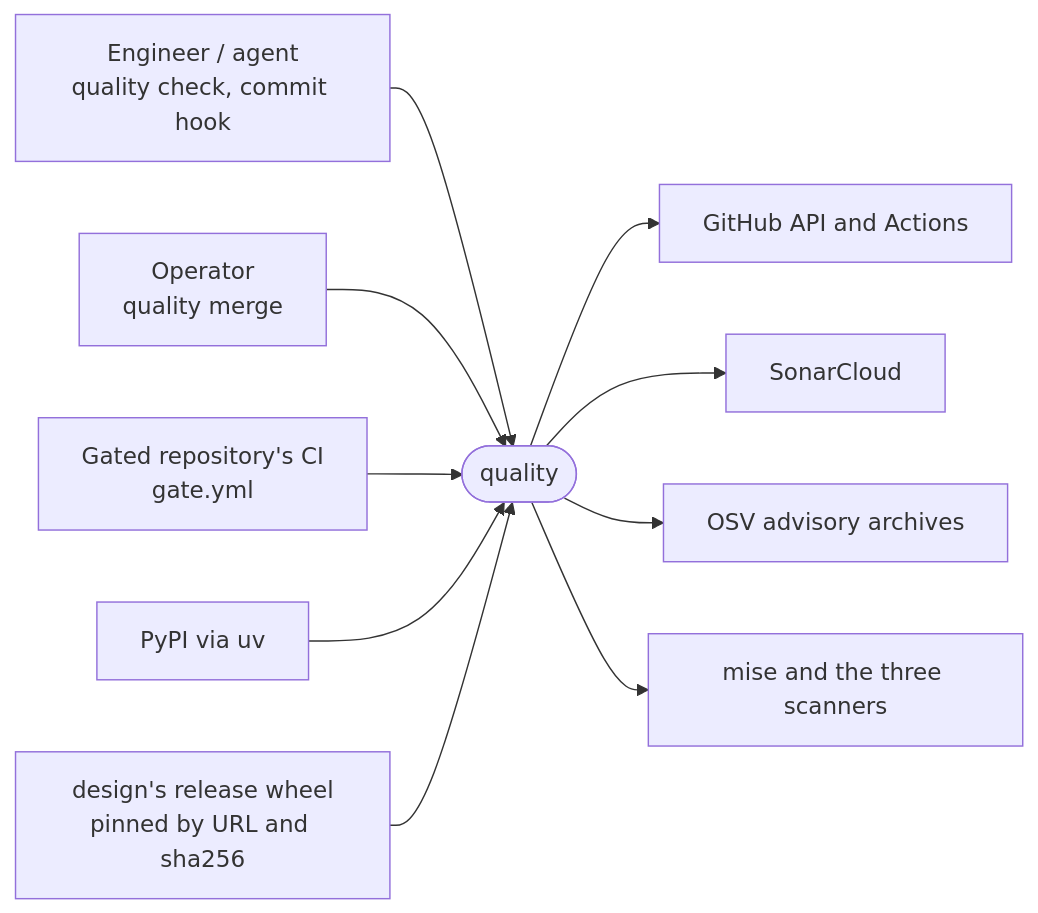
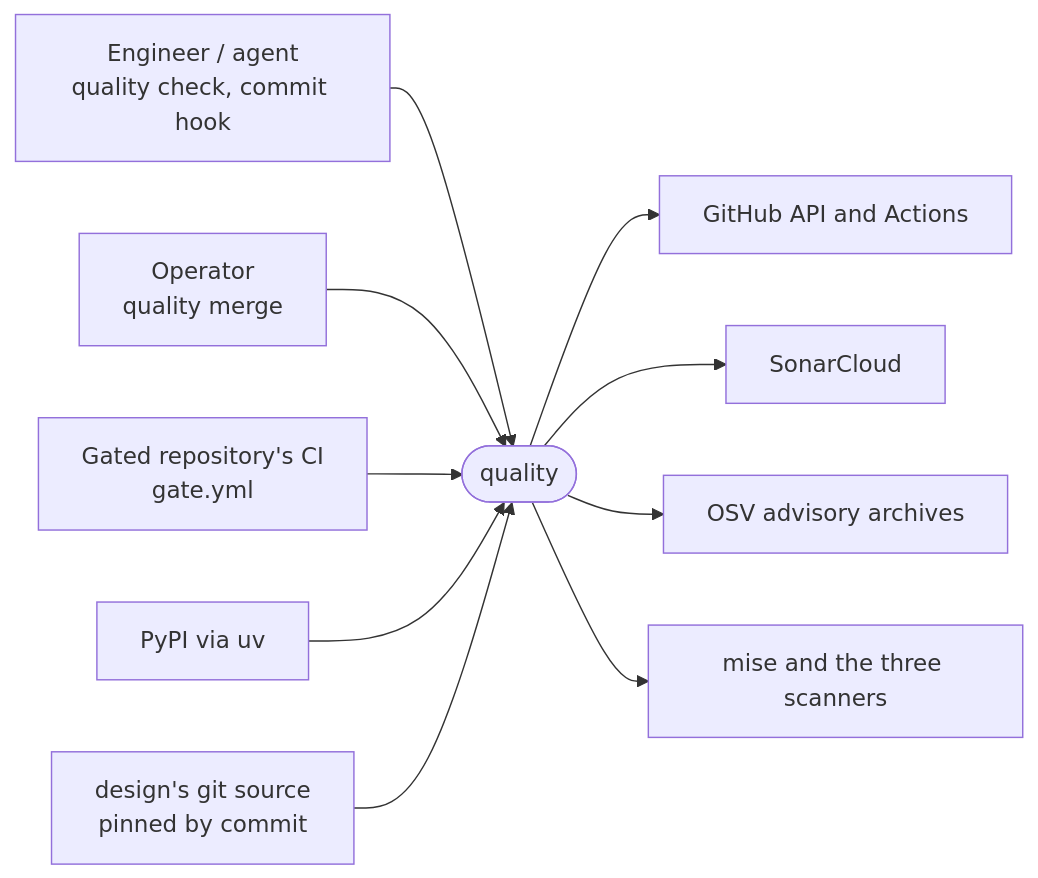
One commit to overnightworks/quality changed the first of 3 diagrams in docs/ARCHITECTURE.md. Above: the diagram before and after it, drawn with Mermaid. The commit also changed other lines of this file and 6 other files, not shown here.

First line of the commit message:
Pin design by git commit and name the git tag as the fleet pin form (#904)

````diff
--- a/docs/ARCHITECTURE.md
+++ b/docs/ARCHITECTURE.md
@@ -16,22 +16,22 @@
 ```mermaid
 flowchart LR
     engineer["Engineer / agent<br/>quality check, commit hook"]
     operator["Operator<br/>quality merge"]
     ci["Gated repository's CI<br/>gate.yml"]
     quality(["quality"])
     github["GitHub API and Actions"]
     sonarcloud["SonarCloud"]
     osv["OSV advisory archives"]
     mise["mise and the three scanners"]
     pypi["PyPI via uv"]
-    design["design's release wheel<br/>pinned by URL and sha256"]
+    design["design's git source<br/>pinned by commit"]
     engineer --> quality
     operator --> quality
     ci --> quality
     quality --> github
     quality --> sonarcloud
     quality --> osv
     quality --> mise
     pypi --> quality
     design --> quality
 ```
````
